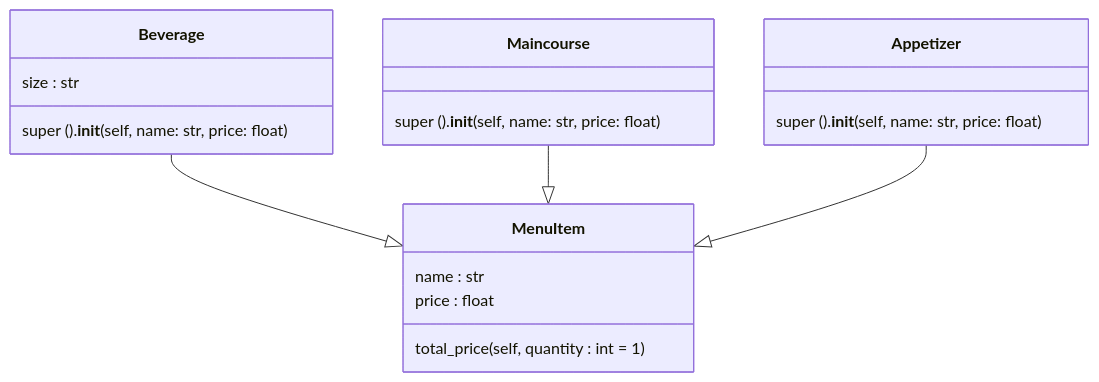
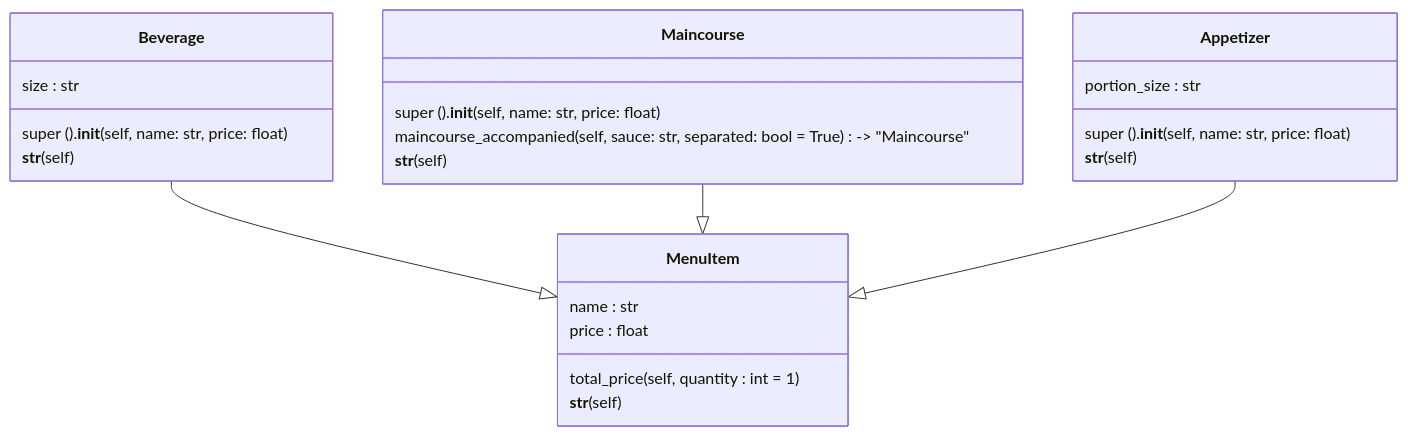
The second of 3 diagrams in README.md (Cooldude0001/Reto-3---Eli-Caro), drawn with Mermaid before and after one commit. The commit also changed other lines of this file, not shown here.

````diff
--- a/README.md
+++ b/README.md
@@ -51,27 +128,36 @@
 ```mermaid
 classDiagram
 
 Beverage --|> MenuItem
 Maincourse --|> MenuItem
 Appetizer --|> MenuItem
 
 class MenuItem {
     name : str
     price : float
 
     total_price (self, quantity : int = 1)
+    __str__ (self)
 }
 
 class Beverage {
     size : str
     super ().__init__ (self, name: str, price: float)
+
+    __str__ (self)
 }
 
 class Maincourse {
     super ().__init__ (self, name: str, price: float)
+
+    maincourse_accompanied(self, sauce: str, separated: bool = True) -> "Maincourse"
+    __str__ (self)
 }
 
 class Appetizer {
+    portion_size : str
     super ().__init__ (self, name: str, price: float)
+
+    __str__ (self)
 }
 ```
````
